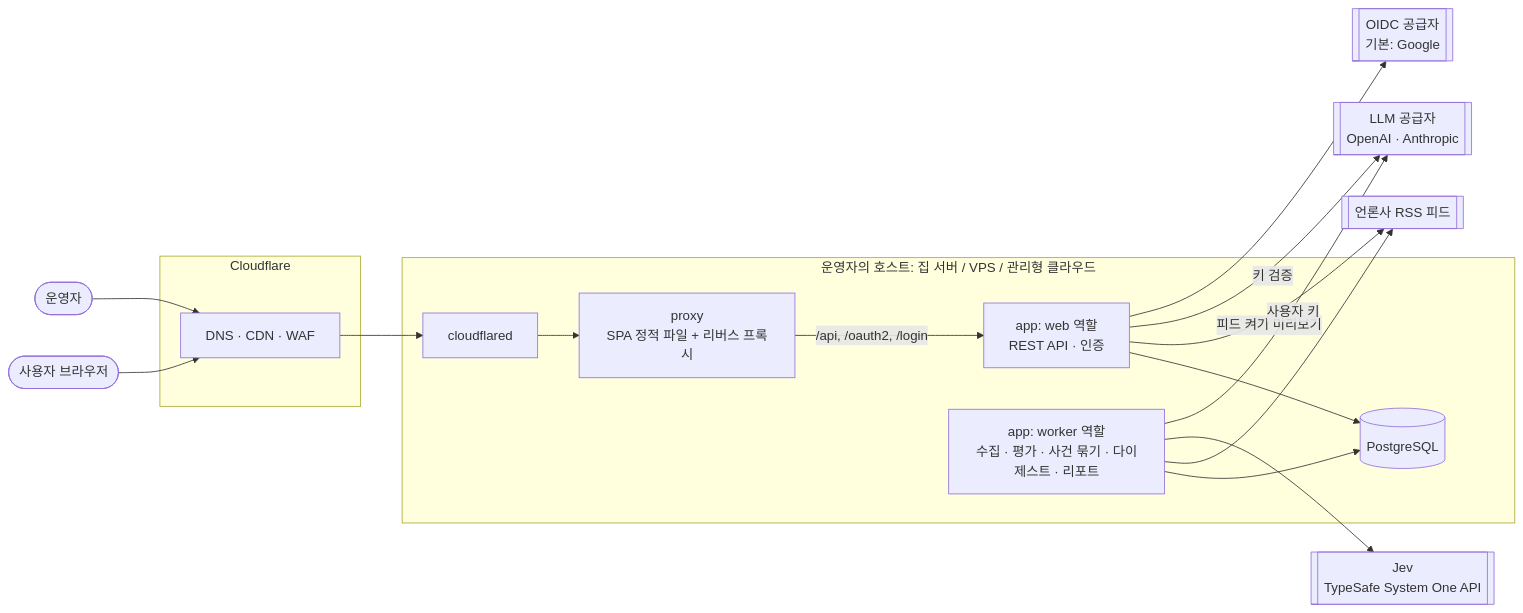
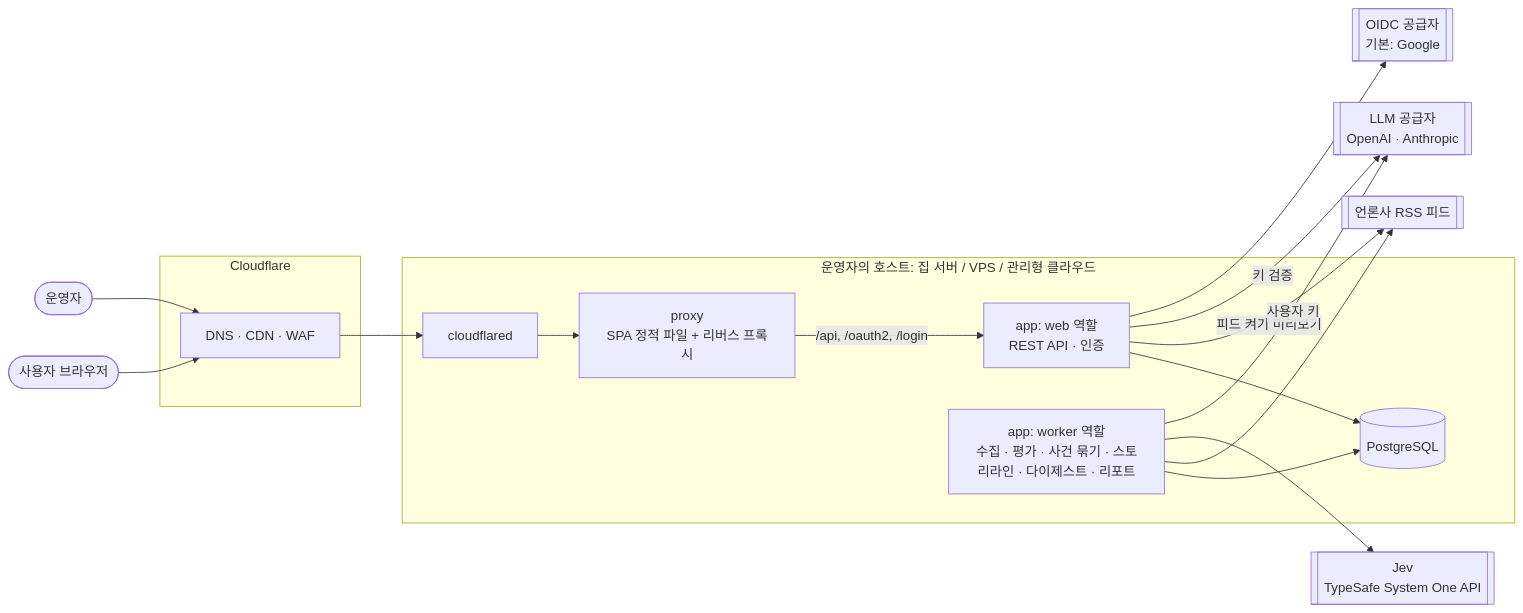
Before and after one commit to Theia0382/yozm-news: the first of 2 diagrams in docs/overview.md, drawn with Mermaid. The commit also changed other lines of this file and 5 other files, not shown here.

````diff
--- a/docs/overview.md
+++ b/docs/overview.md
@@ -74,31 +75,31 @@
 ```mermaid
 flowchart LR
     user([사용자 브라우저])
     admin([운영자])
     subgraph CF[Cloudflare]
         edge[DNS · CDN · WAF]
     end
     subgraph Host[운영자의 호스트: 집 서버 / VPS / 관리형 클라우드]
         tunnel[cloudflared]
         proxy[proxy<br/>SPA 정적 파일 + 리버스 프록시]
         web[app: web 역할<br/>REST API · 인증]
-        worker[app: worker 역할<br/>수집 · 평가 · 사건 묶기 · 다이제스트 · 리포트]
+        worker[app: worker 역할<br/>수집 · 평가 · 사건 묶기 · 스토리라인 · 다이제스트 · 리포트]
         db[(PostgreSQL)]
     end
     feeds[[언론사 RSS 피드]]
     jev[[Jev<br/>TypeSafe System One API]]
     llm[[LLM 공급자<br/>OpenAI · Anthropic]]
     oauth[[OIDC 공급자<br/>기본: Google]]
 
     user --> edge --> tunnel --> proxy
     admin --> edge
     proxy -->|/api, /oauth2, /login| web
     web --> db
     worker --> db
     worker --> feeds
     web -->|피드 켜기 미리보기| feeds
     worker --> jev
     worker -->|사용자 키| llm
     web -->|키 검증| llm
     web --> oauth
 ```
````
